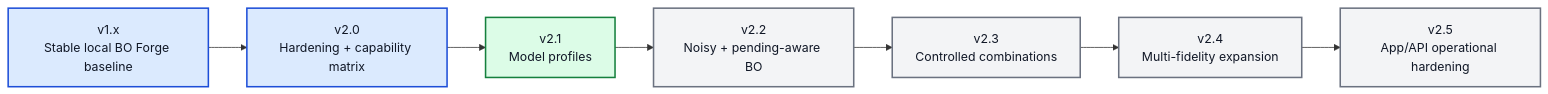
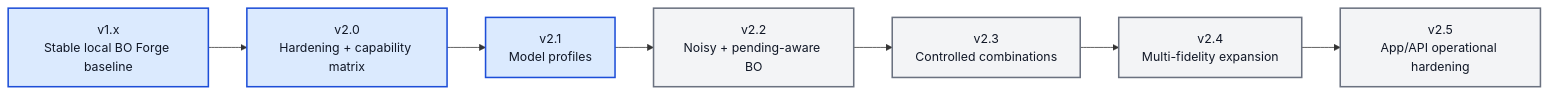
Before and after one commit to angzeli/bo-forge: the diagram in ROADMAP_V2_X.md, drawn with Mermaid. The commit also changed other lines of this file and 31 other files, not shown here.

````diff
--- a/ROADMAP_V2_X.md
+++ b/ROADMAP_V2_X.md
@@ -14,12 +14,11 @@
 ```mermaid
 flowchart LR
     v10["v1.x<br/>Stable local BO Forge baseline"] --> v20["v2.0<br/>Hardening + capability matrix"] --> v21["v2.1<br/>Model profiles"] --> v22["v2.2<br/>Noisy + pending-aware BO"] --> v23["v2.3<br/>Controlled combinations"] --> v24["v2.4<br/>Multi-fidelity expansion"] --> v25["v2.5<br/>App/API operational hardening"]
 
-    class v10,v20 done
-    class v21 active
+    class v10,v20,v21 done
     class v22,v23,v24,v25 future
 
     classDef done fill:#dbeafe,stroke:#1d4ed8,stroke-width:2px,color:#111827;
     classDef active fill:#dcfce7,stroke:#15803d,stroke-width:2px,color:#111827;
     classDef future fill:#f3f4f6,stroke:#6b7280,stroke-width:2px,color:#111827;
 ```
````
